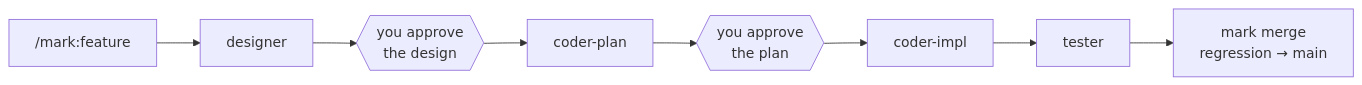
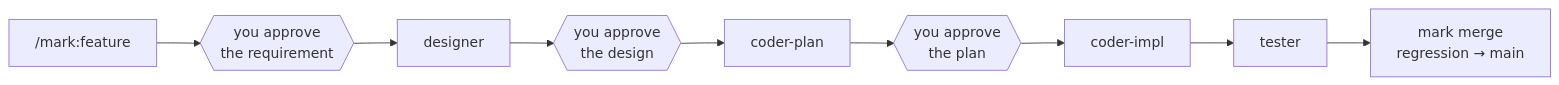
One commit to tuoyukun/MarkSuits changed the first of 2 diagrams in README.md. Above: the diagram before and after it, drawn with Mermaid. The commit also changed other lines of this file and 30 other files, not shown here.

````diff
--- a/README.md
+++ b/README.md
@@ -18,4 +18,4 @@
 ```mermaid
 flowchart LR
-    R["/mark:feature"] --> D[designer] --> G1{{you approve<br/>the design}} --> P[coder-plan] --> G2{{you approve<br/>the plan}} --> I[coder-impl] --> T[tester] --> M["mark merge<br/>regression → main"]
+    R["/mark:feature"] --> Q{{you approve<br/>the requirement}} --> D[designer] --> G1{{you approve<br/>the design}} --> P[coder-plan] --> G2{{you approve<br/>the plan}} --> I[coder-impl] --> T[tester] --> M["mark merge<br/>regression → main"]
 ```
````
